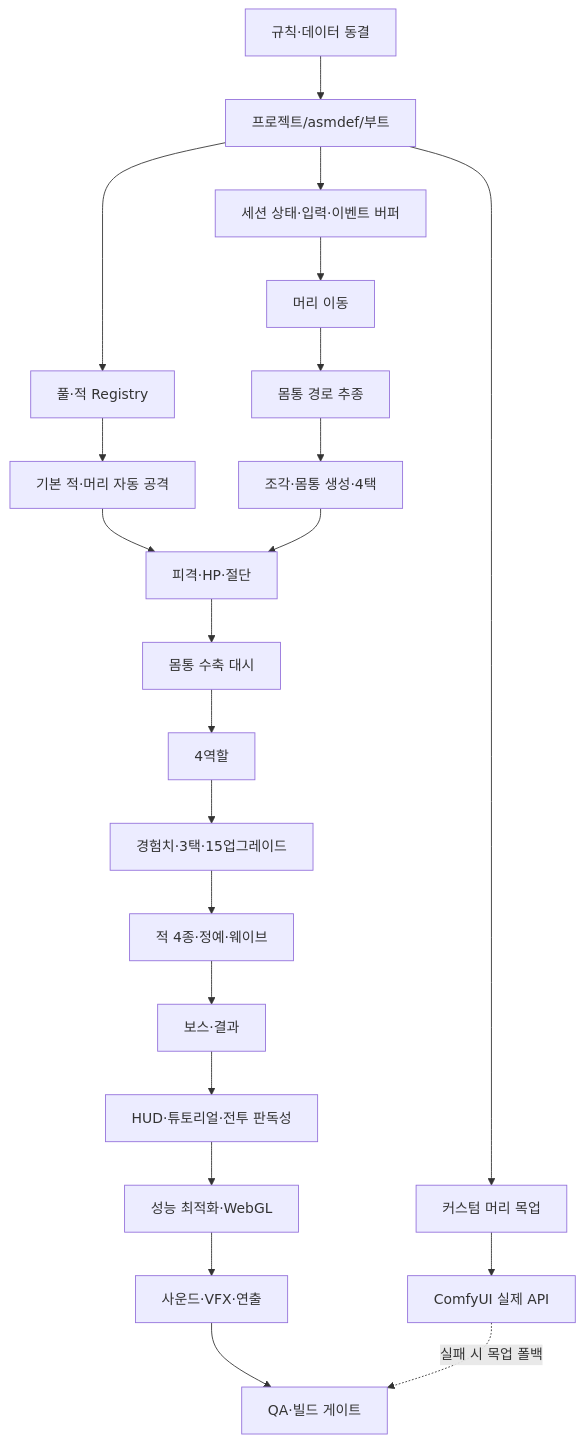
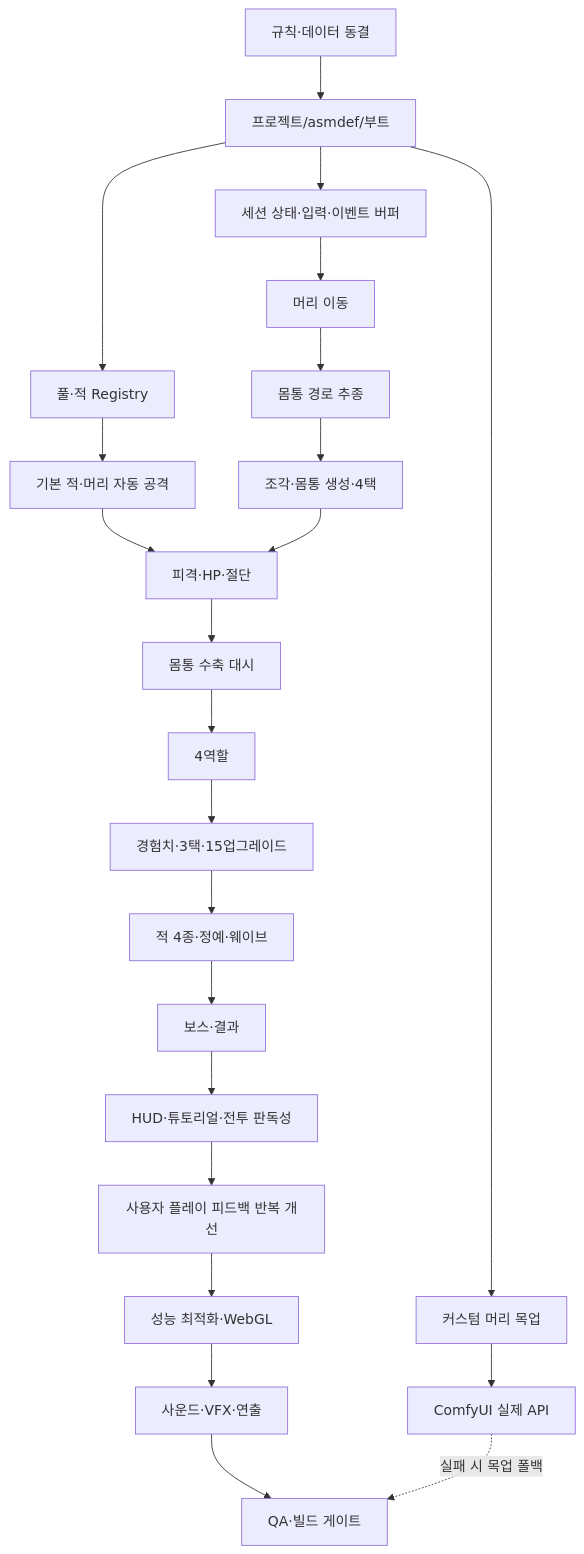
Before and after one commit to WackyGameStudio/Ouroboros: the diagram in docs/OUROBOROS_SWARM_구현순서.md, drawn with Mermaid. The commit also changed other lines of this file and 44 other files, not shown here.

````diff
--- a/docs/OUROBOROS_SWARM_구현순서.md
+++ b/docs/OUROBOROS_SWARM_구현순서.md
@@ -26,24 +26,25 @@
 ```mermaid
 flowchart TD
     A[규칙·데이터 동결] --> B[프로젝트/asmdef/부트]
     B --> C[세션 상태·입력·이벤트 버퍼]
     C --> D[머리 이동]
     D --> E[몸통 경로 추종]
     B --> F[풀·적 Registry]
     F --> G[기본 적·머리 자동 공격]
     E --> H[조각·몸통 생성·4택]
     G --> I[피격·HP·절단]
     H --> I
     I --> J[몸통 수축 대시]
     J --> K[4역할]
     K --> L[경험치·3택·15업그레이드]
     L --> M[적 4종·정예·웨이브]
     M --> N[보스·결과]
     N --> O[HUD·튜토리얼·전투 판독성]
-    O --> P[성능 최적화·WebGL]
-    P --> Q[사운드·VFX·연출]
-    Q --> T[QA·빌드 게이트]
+    O --> P[사용자 플레이 피드백 반복 개선]
+    P --> Q[성능 최적화·WebGL]
+    Q --> T[사운드·VFX·연출]
+    T --> U[QA·빌드 게이트]
     B --> R[커스텀 머리 목업]
     R --> S[ComfyUI 실제 API]
-    S -.실패 시 목업 폴백.-> T
+    S -.실패 시 목업 폴백.-> U
 ```
````
